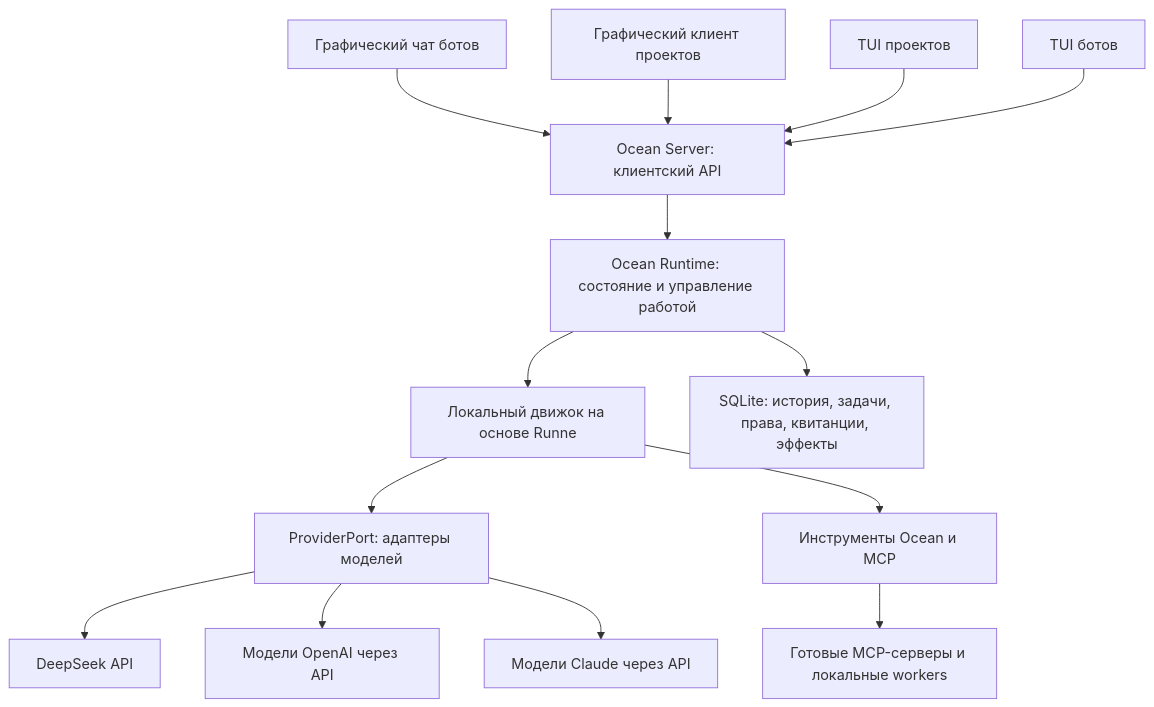
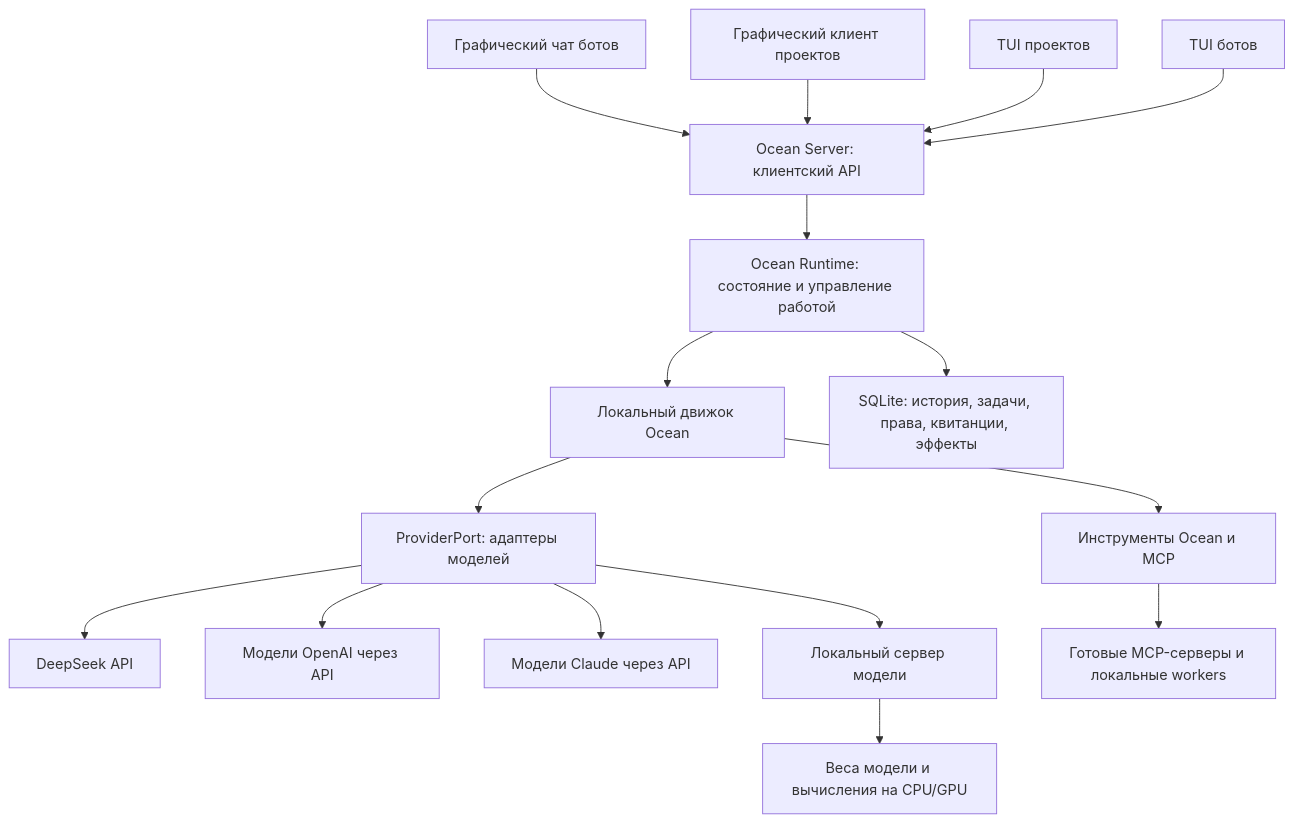
Before and after one commit to ryltsevmikhail/Ocean: the diagram in docs/ocean/platform-architecture.md, drawn with Mermaid. The commit also changed other lines of this file and 4 other files, not shown here.

Commit message:
docs: include local models and mixed teams in Ocean architecture

````diff
--- a/docs/ocean/platform-architecture.md
+++ b/docs/ocean/platform-architecture.md
@@ -30,16 +30,18 @@
 ```mermaid
 flowchart TD
   Bots[Графический чат ботов] --> Server[Ocean Server: клиентский API]
   Coding[Графический клиент проектов] --> Server
   TuiCoding[TUI проектов] --> Server
   TuiBots[TUI ботов] --> Server
   Server --> Runtime[Ocean Runtime: состояние и управление работой]
-  Runtime --> Engine[Локальный движок на основе Runne]
+  Runtime --> Engine[Локальный движок Ocean]
   Engine --> Providers[ProviderPort: адаптеры моделей]
   Providers --> DeepSeek[DeepSeek API]
   Providers --> OpenAI[Модели OpenAI через API]
   Providers --> Anthropic[Модели Claude через API]
+  Providers --> Local[Локальный сервер модели]
+  Local --> Hardware[Веса модели и вычисления на CPU/GPU]
   Engine --> Tools[Инструменты Ocean и MCP]
   Tools --> Services[Готовые MCP-серверы и локальные workers]
   Runtime --> Store[SQLite: история, задачи, права, квитанции, эффекты]
 ```
````
